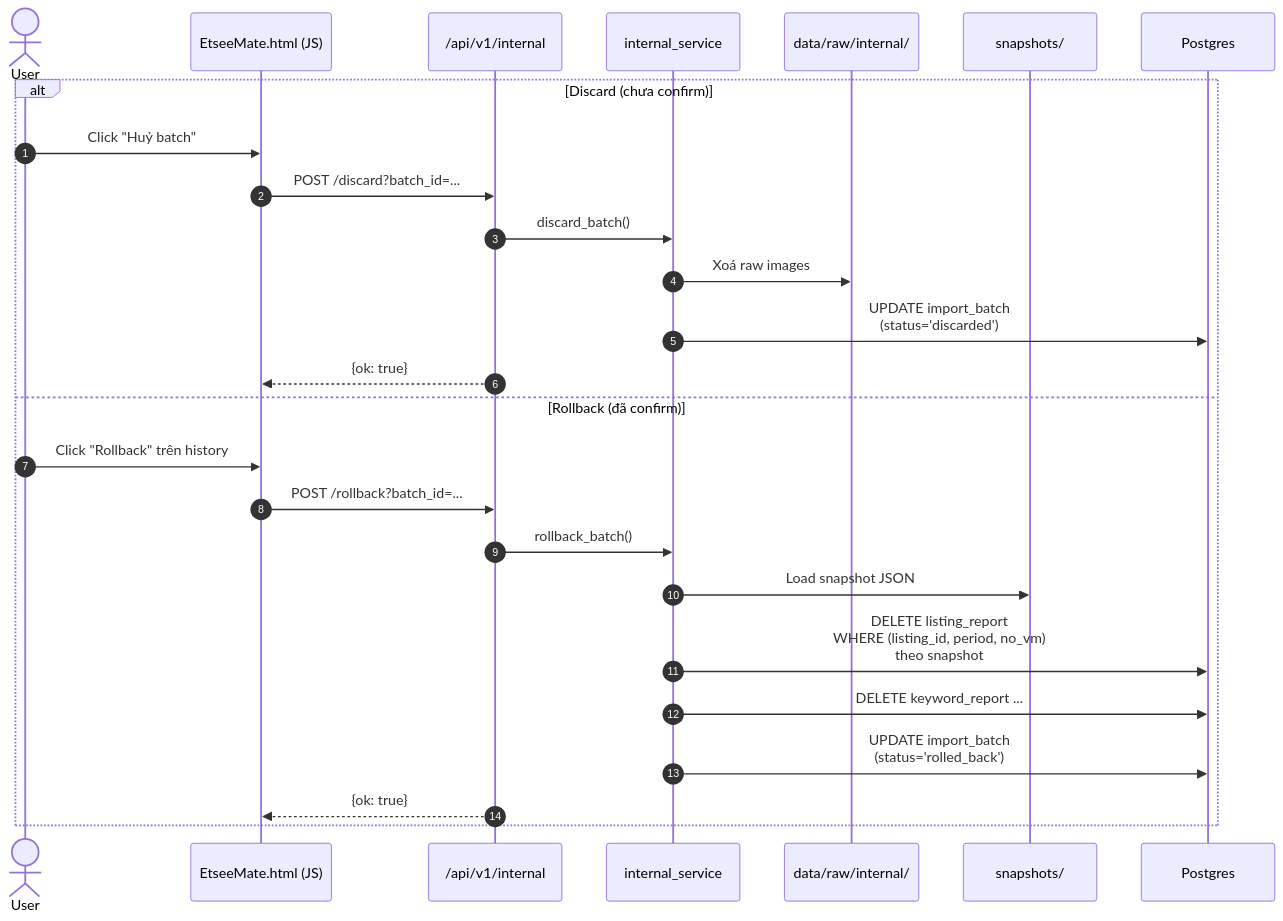
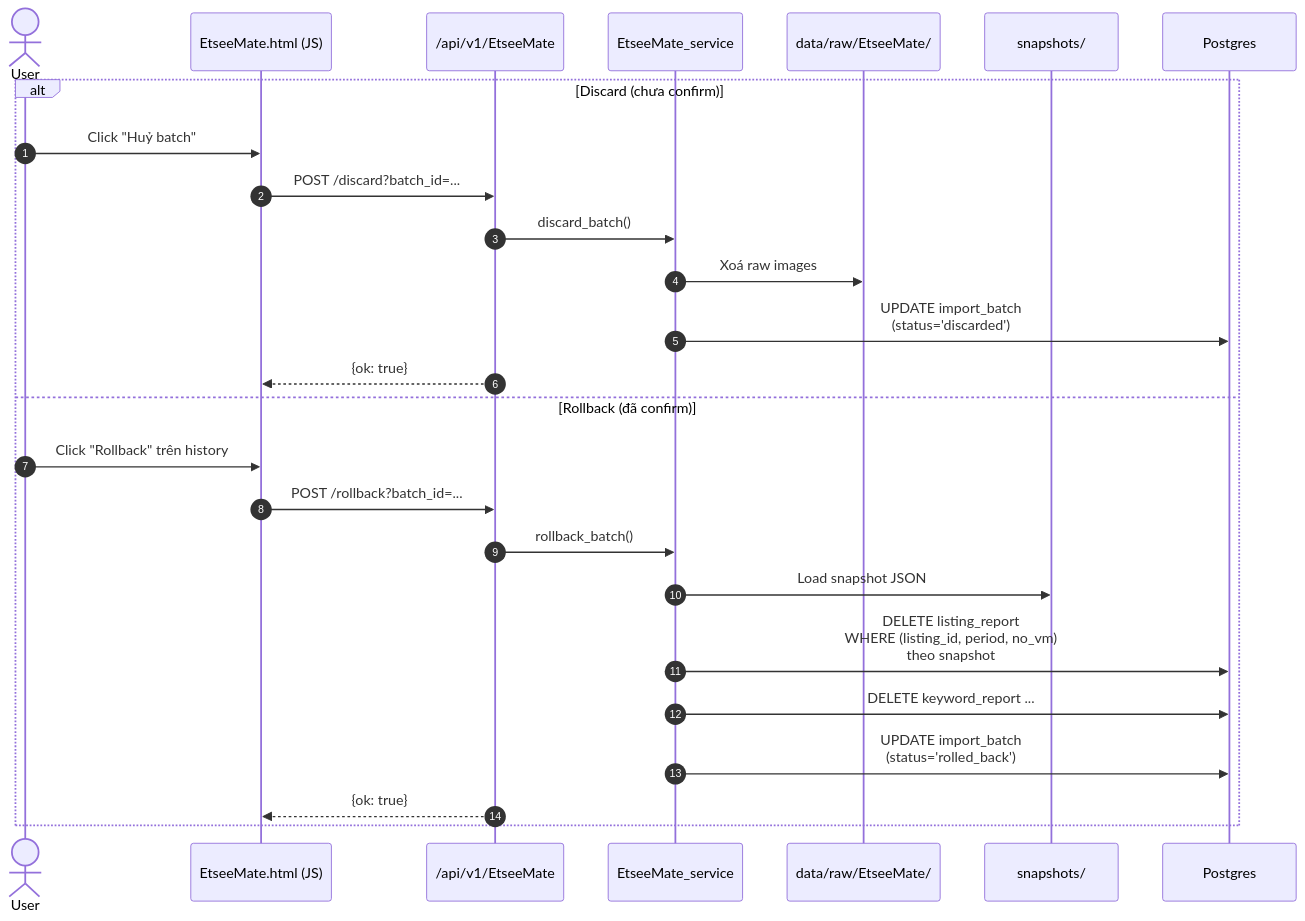
One commit to Hiienng/nguyenphamdieuhien changed the third of 4 diagrams in docs/04_internal_import.md. Above: the diagram before and after it, drawn with Mermaid. The commit also changed other lines of this file and 91 other files, not shown here.

````diff
--- a/docs/04_internal_import.md
+++ b/docs/04_internal_import.md
@@ -71,29 +71,29 @@
 ```mermaid
 sequenceDiagram
     autonumber
     actor U as User
     participant FE as EtseeMate.html (JS)
-    participant API as /api/v1/internal
-    participant SVC as internal_service
-    participant FS as data/raw/internal/
+    participant API as /api/v1/EtseeMate
+    participant SVC as EtseeMate_service
+    participant FS as data/raw/EtseeMate/
     participant SNAP as snapshots/
     participant DB as Postgres
 
     alt Discard (chưa confirm)
         U->>FE: Click "Huỷ batch"
         FE->>API: POST /discard?batch_id=...
         API->>SVC: discard_batch()
         SVC->>FS: Xoá raw images
         SVC->>DB: UPDATE import_batch<br/>(status='discarded')
         API-->>FE: {ok: true}
     else Rollback (đã confirm)
         U->>FE: Click "Rollback" trên history
         FE->>API: POST /rollback?batch_id=...
         API->>SVC: rollback_batch()
         SVC->>SNAP: Load snapshot JSON
         SVC->>DB: DELETE listing_report<br/>WHERE (listing_id, period, no_vm)<br/>theo snapshot
         SVC->>DB: DELETE keyword_report ...
         SVC->>DB: UPDATE import_batch<br/>(status='rolled_back')
         API-->>FE: {ok: true}
     end
 ```
````
